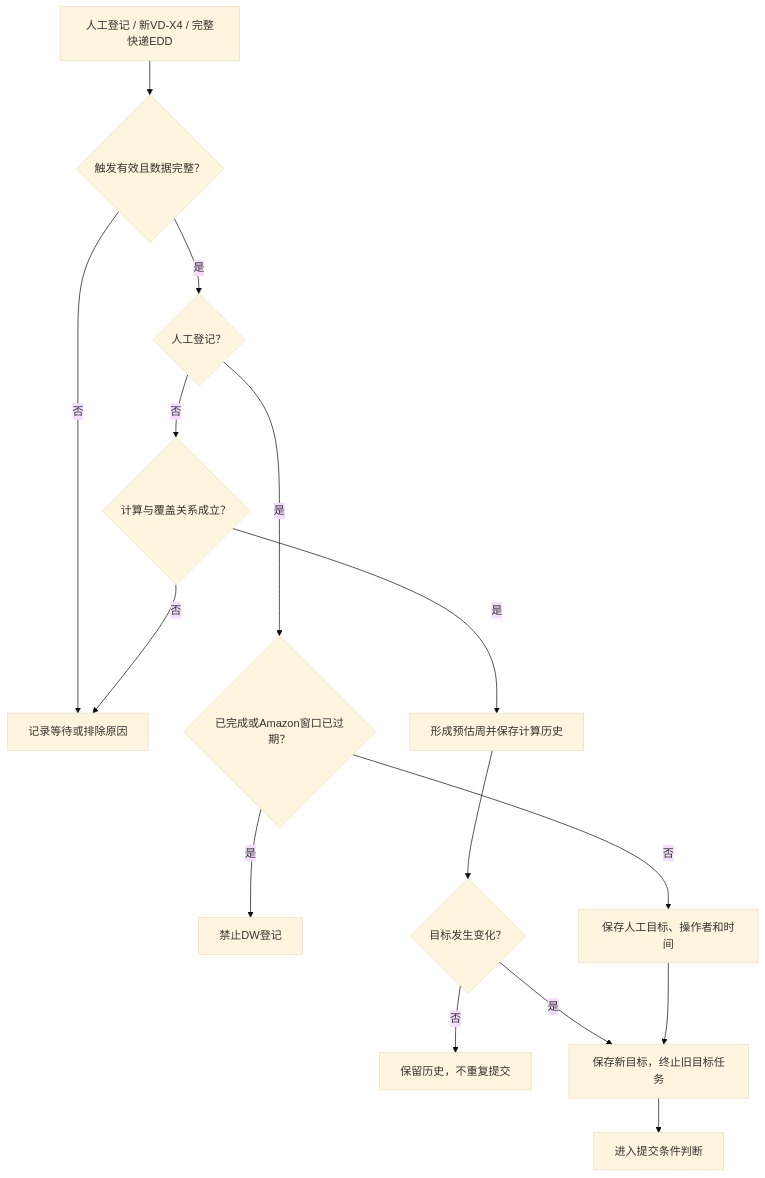
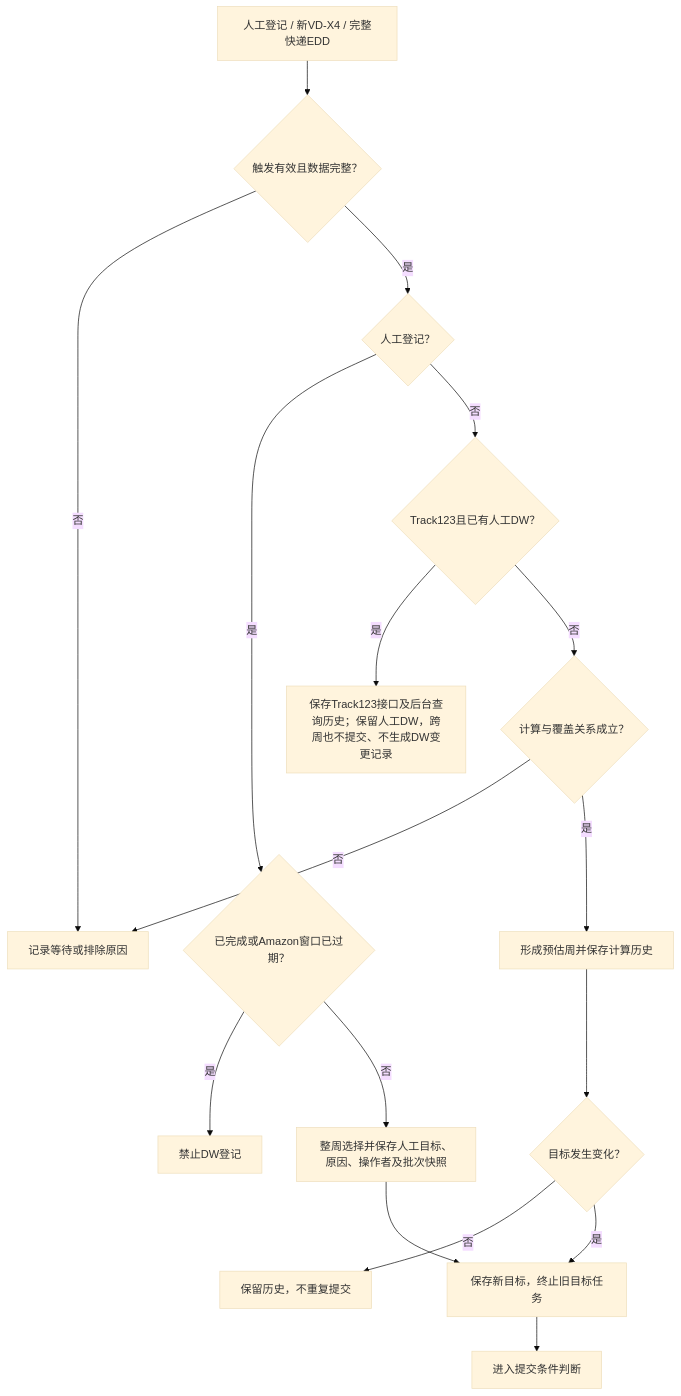
One commit to zhangwen960722/luna-daily changed the sixth of 16 diagrams in 0-产品经理使用IDE/drafts/Amazon管理/Amazon管理产品方案.md. Above: the diagram before and after it, drawn with Mermaid (base theme). The commit also changed other lines of this file and 8 other files, not shown here.

````diff
--- a/0-产品经理使用IDE/drafts/Amazon管理/Amazon管理产品方案.md
+++ b/0-产品经理使用IDE/drafts/Amazon管理/Amazon管理产品方案.md
@@ -400,17 +448,19 @@
 ```mermaid
 flowchart TB
     A["人工登记 / 新VD-X4 / 完整快递EDD"] --> B{"触发有效且数据完整？"}
     B -->|否| C["记录等待或排除原因"]
     B -->|是| D{"人工登记？"}
     D -->|是| E{"已完成或Amazon窗口已过期？"}
     E -->|是| F["禁止DW登记"]
-    E -->|否| G["保存人工目标、操作者和时间"]
-    D -->|否| H{"计算与覆盖关系成立？"}
+    E -->|否| G["整周选择并保存人工目标、原因、操作者及批次快照"]
+    D -->|否| P{"Track123且已有人工DW？"}
+    P -->|是| Q["保存Track123接口及后台查询历史；保留人工DW，跨周也不提交、不生成DW变更记录"]
+    P -->|否| H{"计算与覆盖关系成立？"}
     H -->|否| C
     H -->|是| I["形成预估周并保存计算历史"]
     I --> J{"目标发生变化？"}
     J -->|否| K["保留历史，不重复提交"]
     J -->|是| L["保存新目标，终止旧目标任务"]
     G --> L
     L --> M["进入提交条件判断"]
 ```
````
